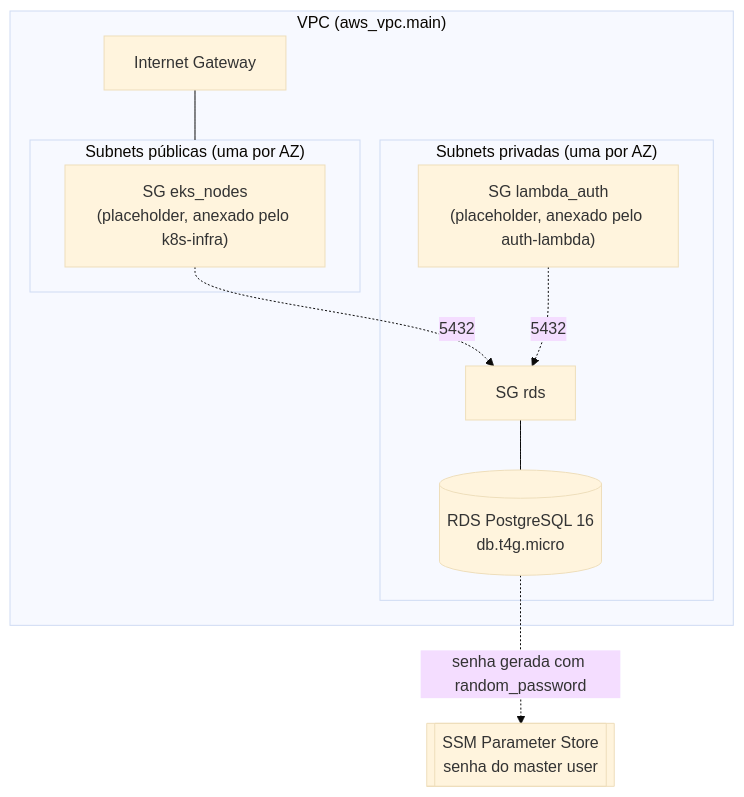
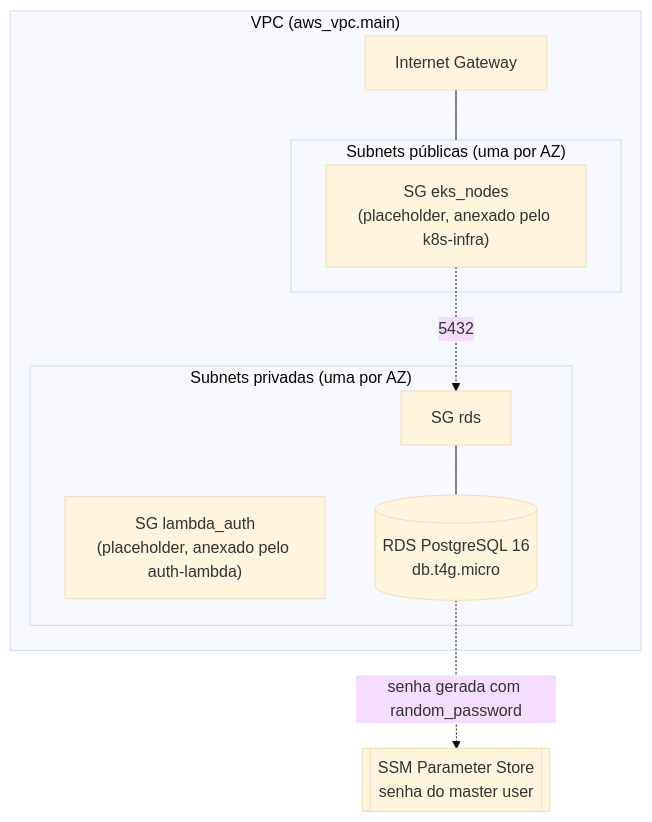
One commit to PedrosPinho/soat15-tech-challenge-db-infra changed the diagram in README.md. Above: the diagram before and after it, drawn with Mermaid (base theme). The commit also changed other lines of this file and 3 other files, not shown here.

````diff
--- a/README.md
+++ b/README.md
@@ -34,24 +42,23 @@
 ```mermaid
 flowchart TB
     subgraph VPC["VPC (aws_vpc.main)"]
         IGW[Internet Gateway]
 
         subgraph Public["Subnets públicas (uma por AZ)"]
             SGNodes["SG eks_nodes\n(placeholder, anexado pelo k8s-infra)"]
         end
 
         subgraph Private["Subnets privadas (uma por AZ)"]
             SGLambda["SG lambda_auth\n(placeholder, anexado pelo auth-lambda)"]
             RDS[(RDS PostgreSQL 16\ndb.t4g.micro)]
             SGRDS[SG rds]
         end
     end
 
     SSM[[SSM Parameter Store\nsenha do master user]]
 
     IGW --- Public
     SGNodes -.5432.-> SGRDS
-    SGLambda -.5432.-> SGRDS
     SGRDS --- RDS
     RDS -.senha gerada com random_password.-> SSM
 ```
````
